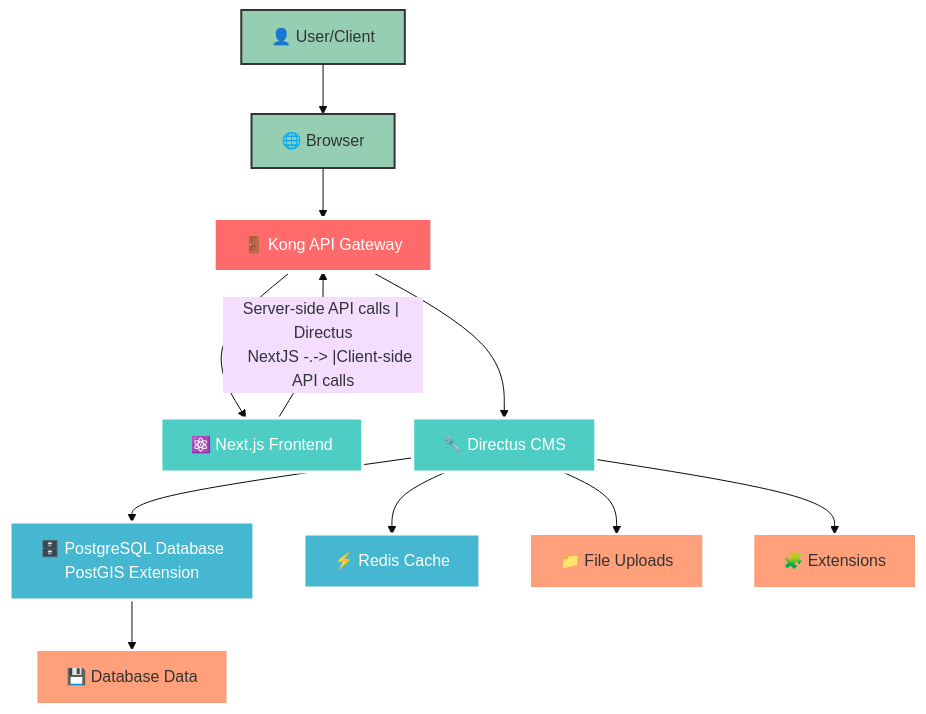
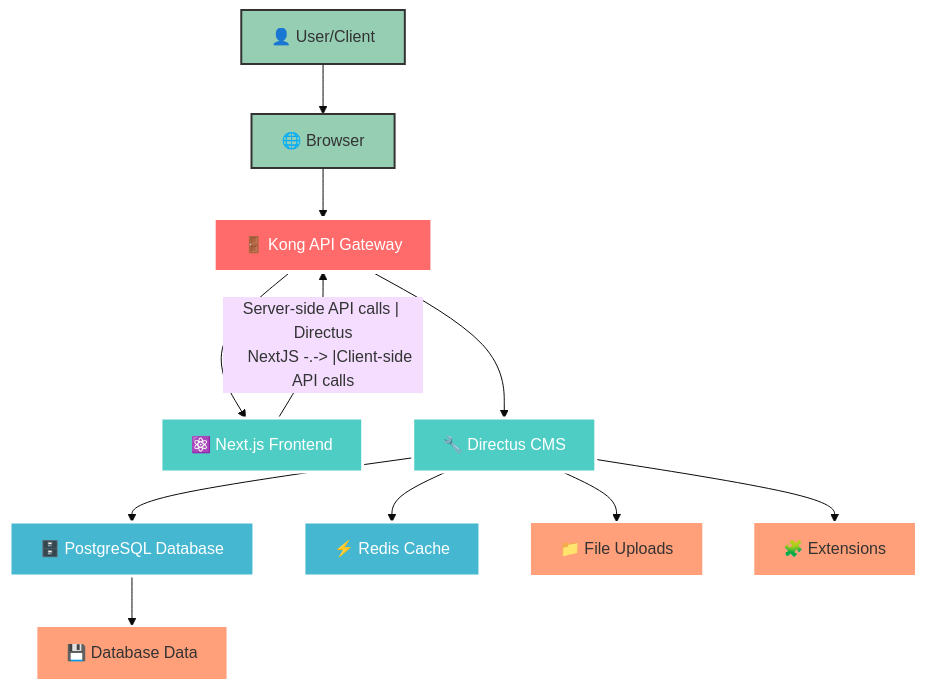
Before and after one commit to kanata-b/harmonyx-cms-v6: the diagram in README.md, drawn with Mermaid (base theme).

Commit message:
fix: remove unnecessary line break in PostgreSQL database description for clarity

````diff
--- a/README.md
+++ b/README.md
@@ -7,54 +7,54 @@
 ```mermaid
 graph TB
     %% External Layer
     User[👤 User/Client]
     Browser[🌐 Browser]
     
     %% Kong API Gateway Layer
     Kong[🚪 Kong API Gateway]
     
     %% Application Layer  
     NextJS[⚛️ Next.js Frontend]
     Directus[🔧 Directus CMS]
     
     %% Data Layer
-    PostgreSQL[🗄️ PostgreSQL Database<br/>PostGIS Extension]
+    PostgreSQL[🗄️ PostgreSQL Database]
     Redis[⚡ Redis Cache]
     
     %% Storage
     Uploads[📁 File Uploads]
     Extensions[🧩 Extensions]
     DBData[💾 Database Data]
     
     %% External connections
     User --> Browser
     Browser --> Kong
     
     %% Kong routing
     Kong -->  NextJS
     Kong -->  Directus
     
     %% Internal service communication
     NextJS --> |"Server-side API calls | Directus
     NextJS -.-> |"Client-side API calls | Kong
     
     %% Data persistence
     Directus --> PostgreSQL
     Directus --> Redis
     Directus --> Uploads
     Directus --> Extensions
     PostgreSQL --> DBData
     
     %% Styling
     classDef gateway fill:#FF6B6B,stroke:#fff,stroke-width:4px,color:#fff
     classDef app fill:#4ECDC4,stroke:#fff,stroke-width:3px,color:#fff
     classDef data fill:#45B7D1,stroke:#fff,stroke-width:3px,color:#fff
     classDef storage fill:#FFA07A,stroke:#fff,stroke-width:2px,color:#333
     classDef external fill:#96CEB4,stroke:#333,stroke-width:2px,color:#333
     
     class Kong gateway
     class NextJS,Directus app
     class PostgreSQL,Redis data
     class Uploads,Extensions,DBData storage
     class User,Browser external
 ```
````
